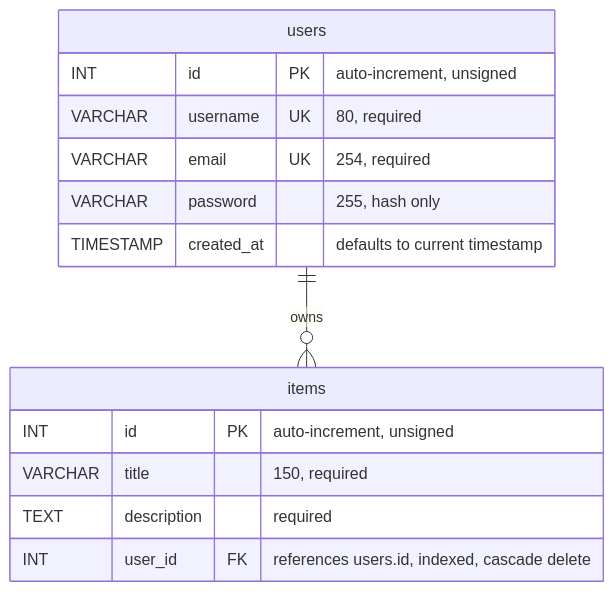
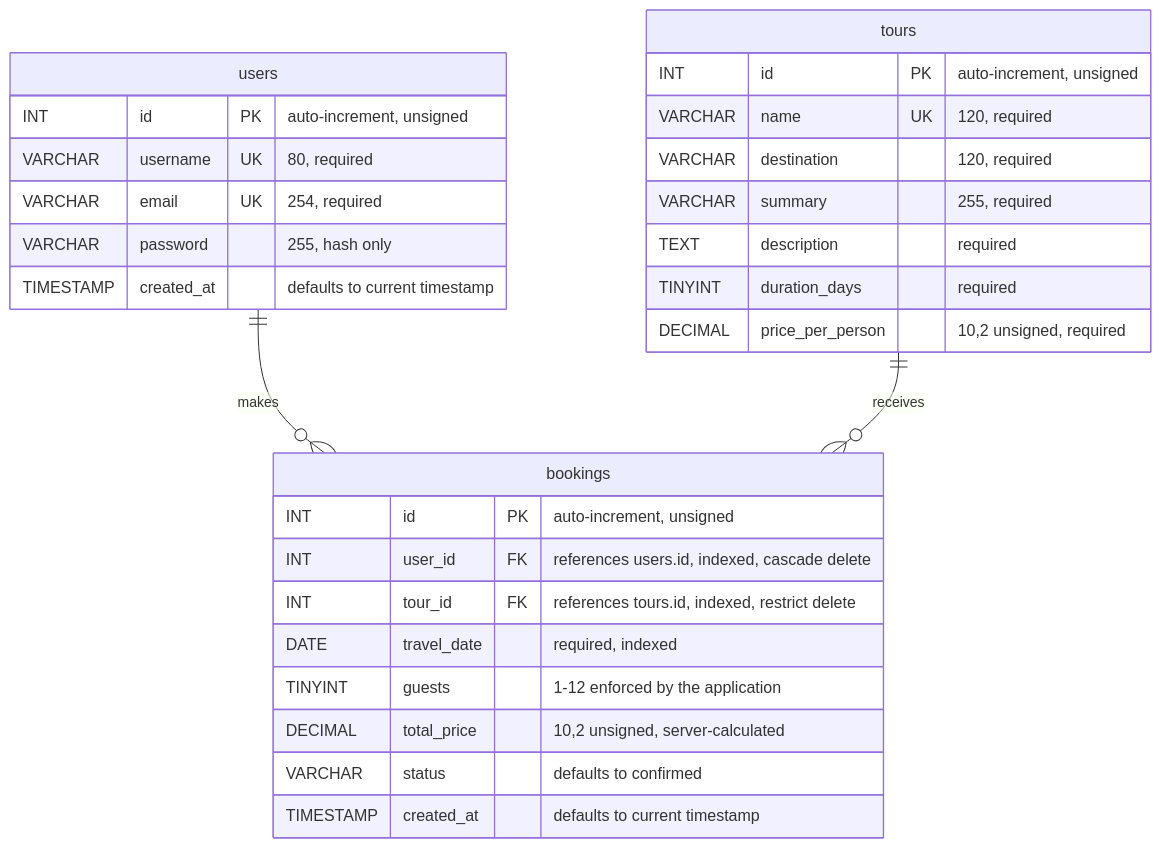
One commit to KazimNajafi/northstar changed the diagram in docs/PRD.md. Above: the diagram before and after it, drawn with Mermaid. The commit also changed other lines of this file and 3 other files, not shown here.

````diff
--- a/docs/PRD.md
+++ b/docs/PRD.md
@@ -178,19 +209,34 @@
 ```mermaid
 erDiagram
-    users ||--o{ items : owns
+    users ||--o{ bookings : makes
+    tours ||--o{ bookings : receives
 
     users {
         INT id PK "auto-increment, unsigned"
         VARCHAR username UK "80, required"
         VARCHAR email UK "254, required"
         VARCHAR password "255, hash only"
         TIMESTAMP created_at "defaults to current timestamp"
     }
 
-    items {
+    tours {
         INT id PK "auto-increment, unsigned"
-        VARCHAR title "150, required"
+        VARCHAR name UK "120, required"
+        VARCHAR destination "120, required"
+        VARCHAR summary "255, required"
         TEXT description "required"
+        TINYINT duration_days "required"
+        DECIMAL price_per_person "10,2 unsigned, required"
+    }
+
+    bookings {
+        INT id PK "auto-increment, unsigned"
         INT user_id FK "references users.id, indexed, cascade delete"
+        INT tour_id FK "references tours.id, indexed, restrict delete"
+        DATE travel_date "required, indexed"
+        TINYINT guests "1-12 enforced by the application"
+        DECIMAL total_price "10,2 unsigned, server-calculated"
+        VARCHAR status "defaults to confirmed"
+        TIMESTAMP created_at "defaults to current timestamp"
     }
 ```
````
